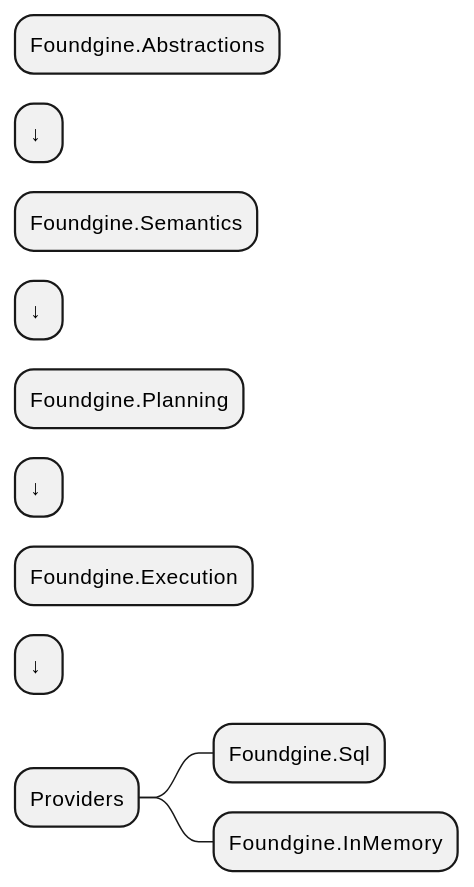
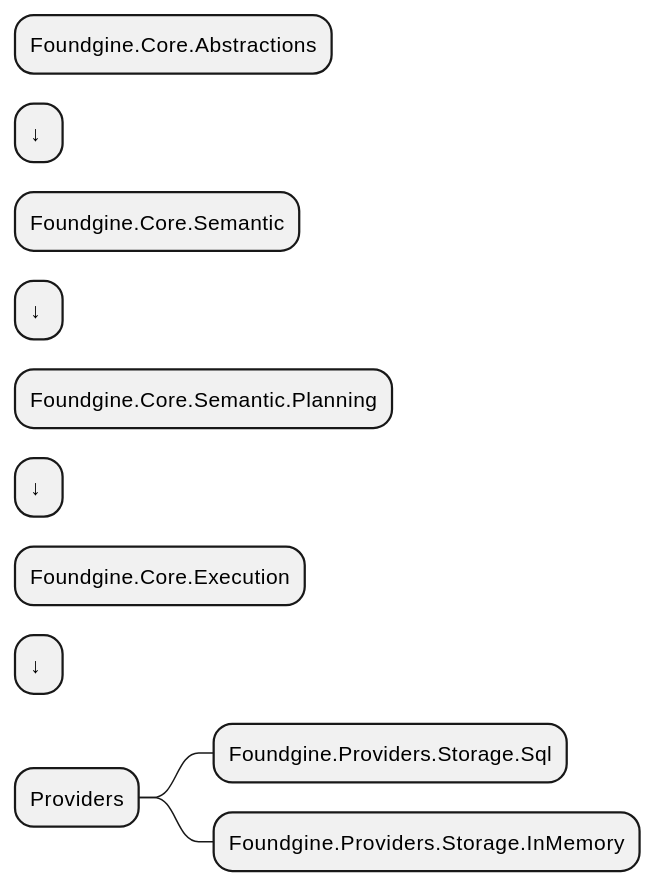
The first of 2 diagrams in docs/CURRENT-STATUS.md (CristianBarragan/CoffeeBean), drawn with PlantUML before and after one commit. The commit also changed other lines of this file and 1325 other files, not shown here.

````diff
--- a/docs/CURRENT-STATUS.md
+++ b/docs/CURRENT-STATUS.md
@@ -11,15 +11,15 @@
 ```plantuml
 @startmindmap
-* Foundgine.Abstractions
+* Foundgine.Core.Abstractions
 * ↓
-* Foundgine.Semantics
+* Foundgine.Core.Semantic
 * ↓
-* Foundgine.Planning
+* Foundgine.Core.Semantic.Planning
 * ↓
-* Foundgine.Execution
+* Foundgine.Core.Execution
 * ↓
 * Providers
-** Foundgine.Sql
-** Foundgine.InMemory
+** Foundgine.Providers.Storage.Sql
+** Foundgine.Providers.Storage.InMemory
 @endmindmap
 ```
````
